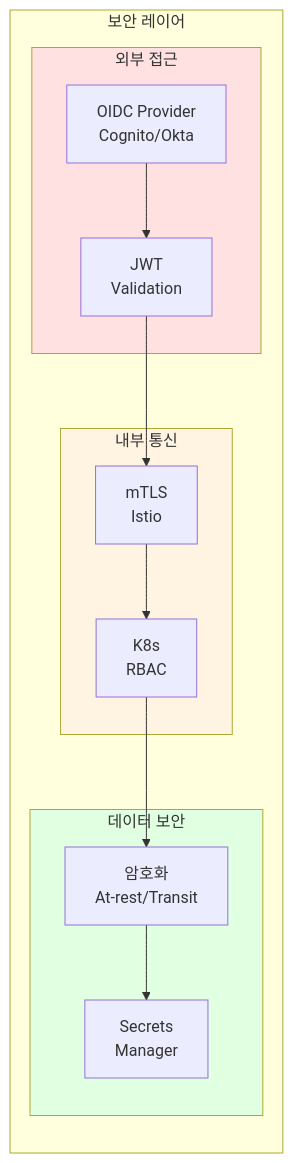
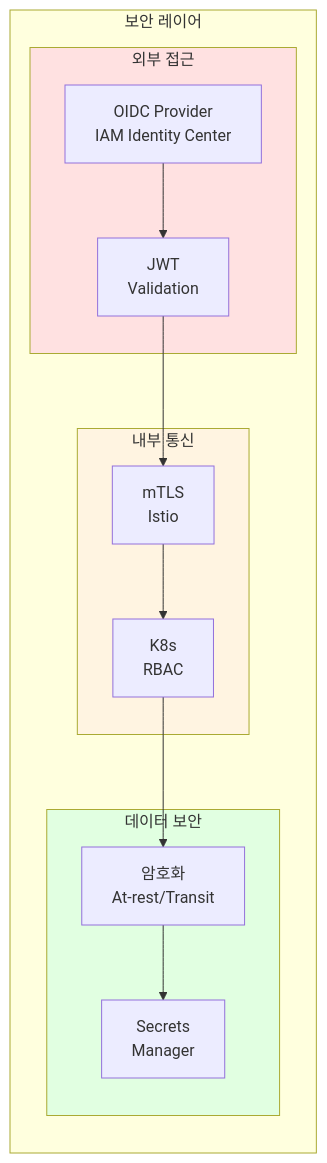
Before and after one commit to devfloor9/engineering-playbook: the ninth of 10 diagrams in docs/agentic-ai-platform/design-architecture/agentic-platform-architecture.md, drawn with Mermaid. The commit also changed other lines of this file and 21 other files, not shown here.

````diff
--- a/docs/agentic-ai-platform/design-architecture/agentic-platform-architecture.md
+++ b/docs/agentic-ai-platform/design-architecture/agentic-platform-architecture.md
@@ -834,29 +833,29 @@
 ```mermaid
 flowchart LR
     subgraph Security["보안 레이어"]
         subgraph External["외부 접근"]
-            OIDC["OIDC Provider<br/>Cognito/Okta"]
+            OIDC["OIDC Provider<br/>IAM Identity Center"]
             JWT["JWT<br/>Validation"]
         end
 
         subgraph Internal["내부 통신"]
             MTLS["mTLS<br/>Istio"]
             RBAC["K8s<br/>RBAC"]
         end
 
         subgraph Data["데이터 보안"]
             ENCRYPT["암호화<br/>At-rest/Transit"]
             SECRETS["Secrets<br/>Manager"]
         end
     end
 
     OIDC --> JWT
     JWT --> MTLS
     MTLS --> RBAC
     RBAC --> ENCRYPT
     ENCRYPT --> SECRETS
 
     style External fill:#ffe1e1
     style Internal fill:#fff4e1
     style Data fill:#e1ffe1
 ```
````
